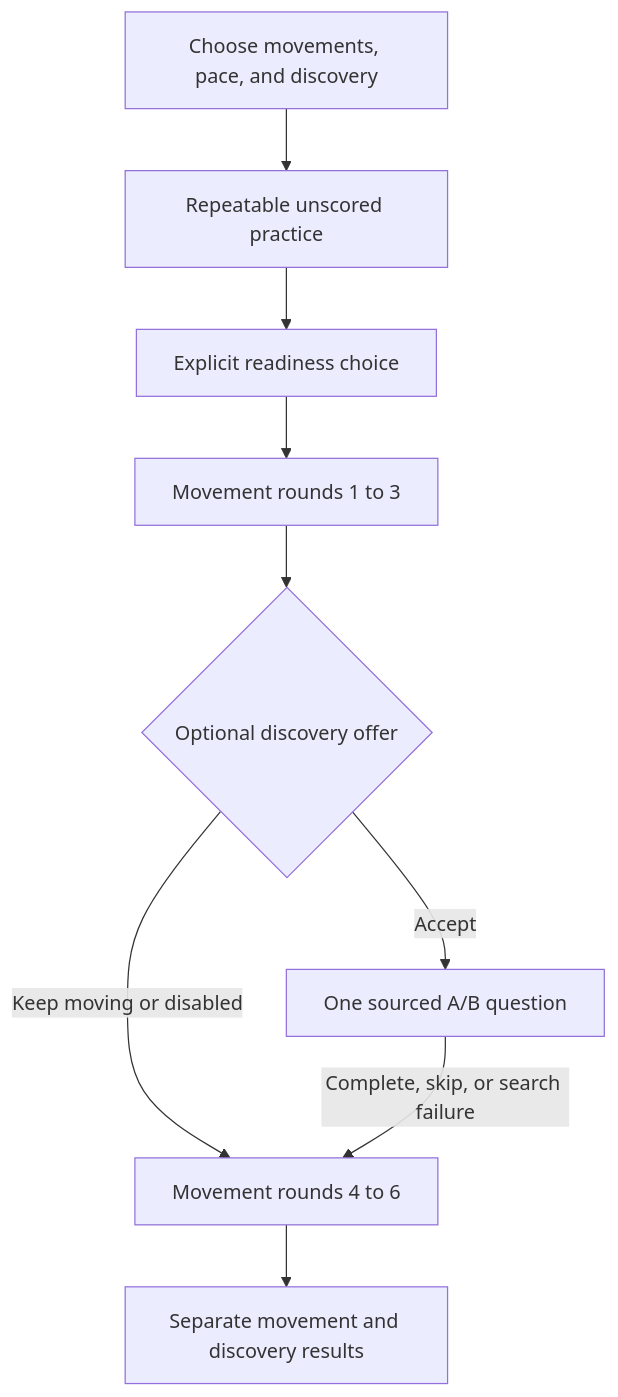
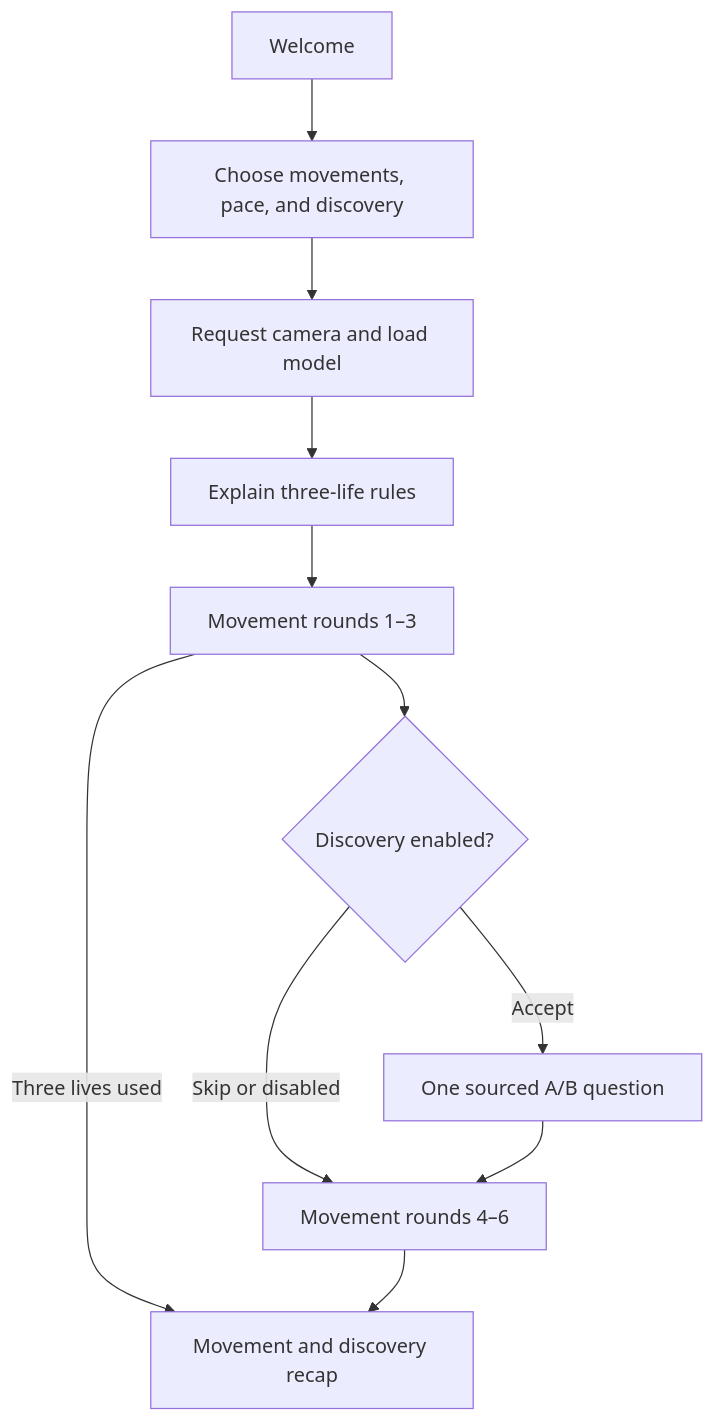
Before and after one commit to midhatalvi/SimonSays: the second of 2 diagrams in docs/architecture.md, drawn with Mermaid. The commit also changed other lines of this file and 13 other files, not shown here.

````diff
--- a/docs/architecture.md
+++ b/docs/architecture.md
@@ -11,11 +24,13 @@
 ```mermaid
 flowchart TD
-    Setup[Choose movements, pace, and discovery] --> Practice[Repeatable unscored practice]
-    Practice --> Ready[Explicit readiness choice]
-    Ready --> First[Movement rounds 1 to 3]
-    First --> Offer{Optional discovery offer}
+    Welcome --> Setup[Choose movements, pace, and discovery]
+    Setup --> Camera[Request camera and load model]
+    Camera --> Rules[Explain three-life rules]
+    Rules --> First[Movement rounds 1–3]
+    First --> Offer{Discovery enabled?}
     Offer -->|Accept| Question[One sourced A/B question]
-    Offer -->|Keep moving or disabled| Last[Movement rounds 4 to 6]
-    Question -->|Complete, skip, or search failure| Last
-    Last --> Results[Separate movement and discovery results]
+    Offer -->|Skip or disabled| Last[Movement rounds 4–6]
+    Question --> Last
+    First -->|Three lives used| Results
+    Last --> Results[Movement and discovery recap]
 ```
````
